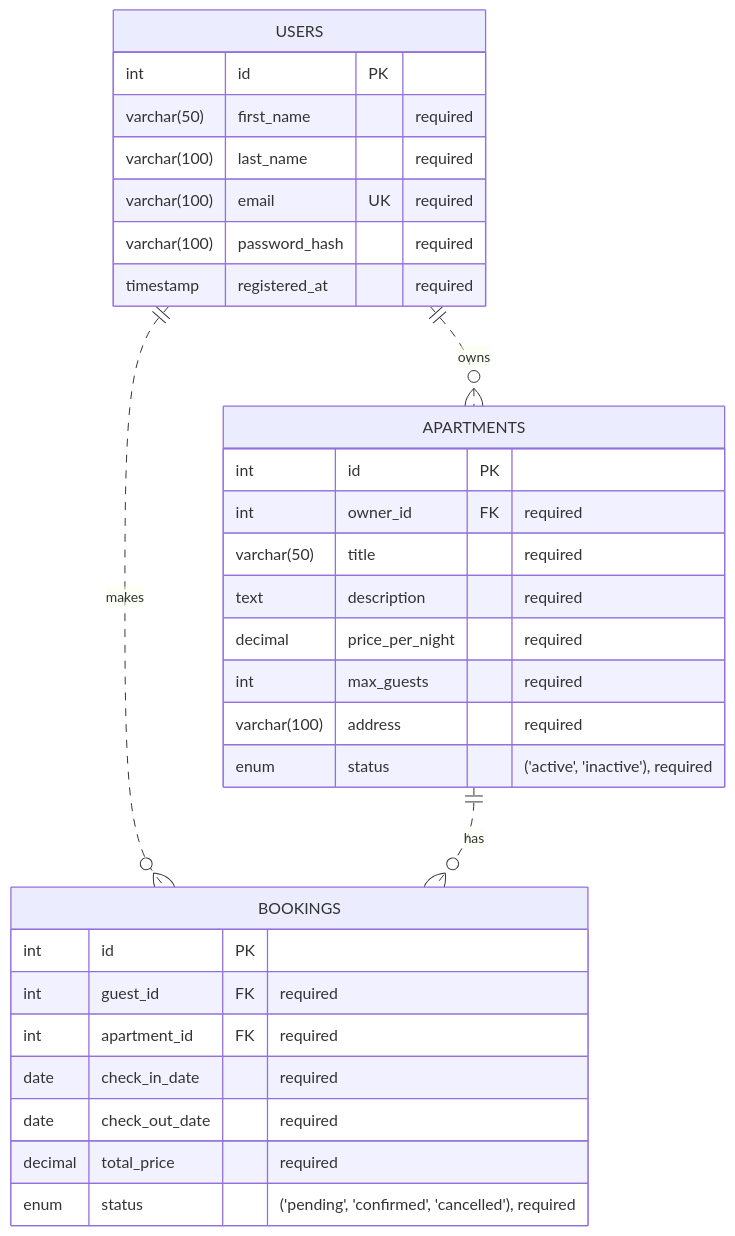
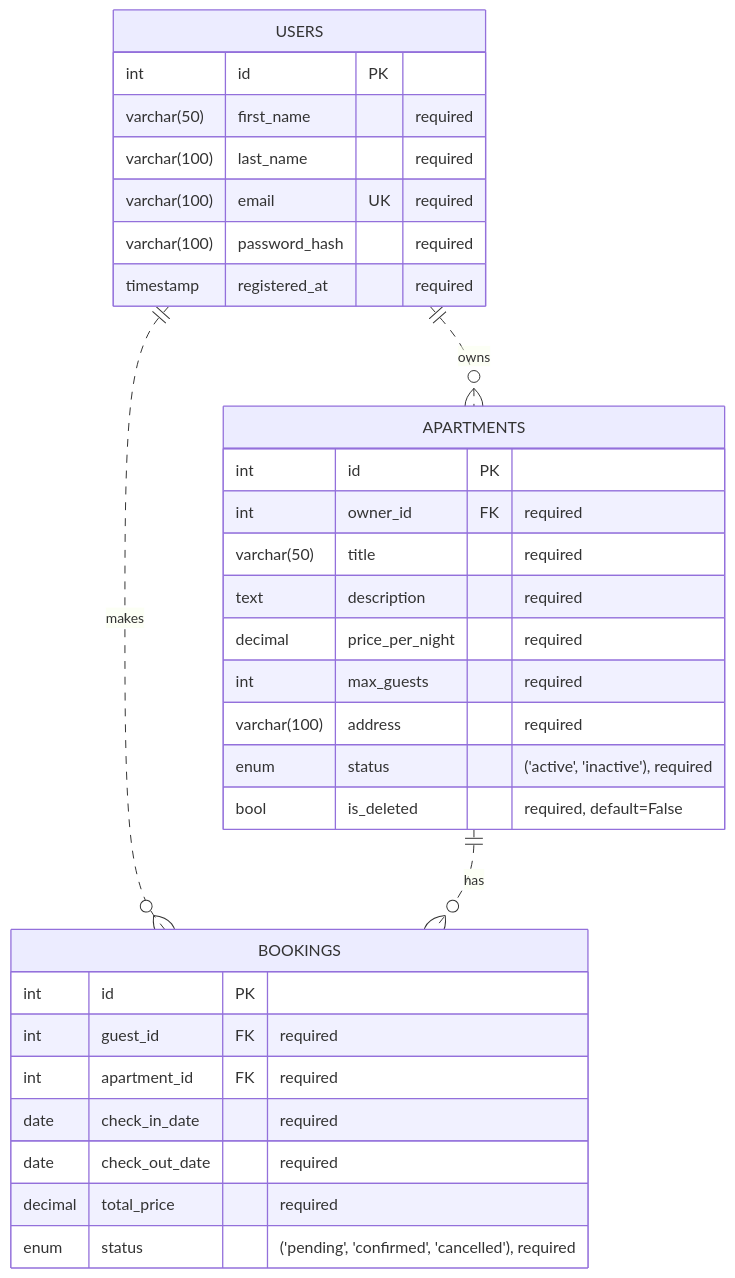
Before and after one commit to opvlad/kpi-mavpz: the diagram in lab1/erd.md, drawn with Mermaid. The commit also changed 6 other files, not shown here.

````diff
--- a/lab1/erd.md
+++ b/lab1/erd.md
@@ -1,36 +1,37 @@
 ```mermaid
 erDiagram
     USERS {
         int id PK
         varchar(50) first_name "required"
         varchar(100) last_name "required"
         varchar(100) email UK "required"
         varchar(100) password_hash "required"
         timestamp registered_at "required"
     }
     APARTMENTS {
         int id PK
         int owner_id FK "required"
         varchar(50) title "required"
         text description "required"
         decimal price_per_night "required"
         int max_guests "required"
         varchar(100) address "required"
         enum status
         "('active', 'inactive'), required"
+        bool is_deleted "required, default=False"
     }
     BOOKINGS {
         int id PK
         int guest_id FK "required"
         int apartment_id FK "required"
         date check_in_date "required"
         date check_out_date "required"
         decimal total_price "required"
         enum status
         "('pending', 'confirmed', 'cancelled'), required"
     }
 
     USERS ||..o{ BOOKINGS : makes
     USERS ||..o{ APARTMENTS : owns
     APARTMENTS ||..o{ BOOKINGS : has
 ```
````
